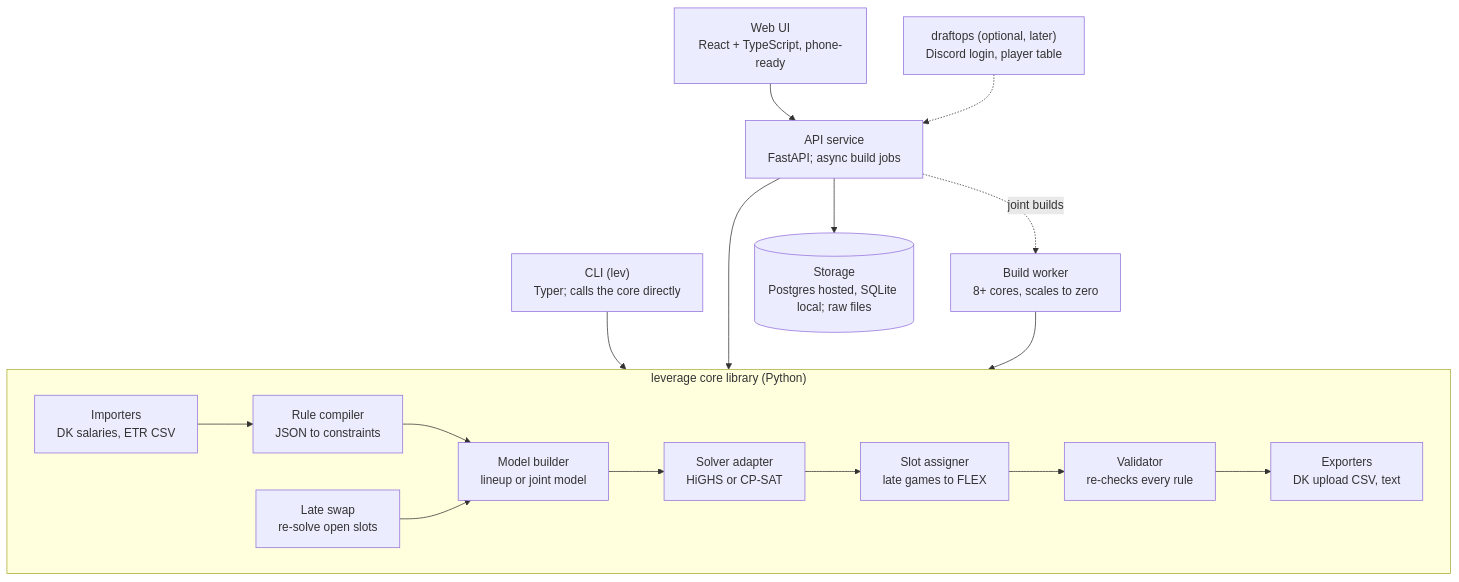
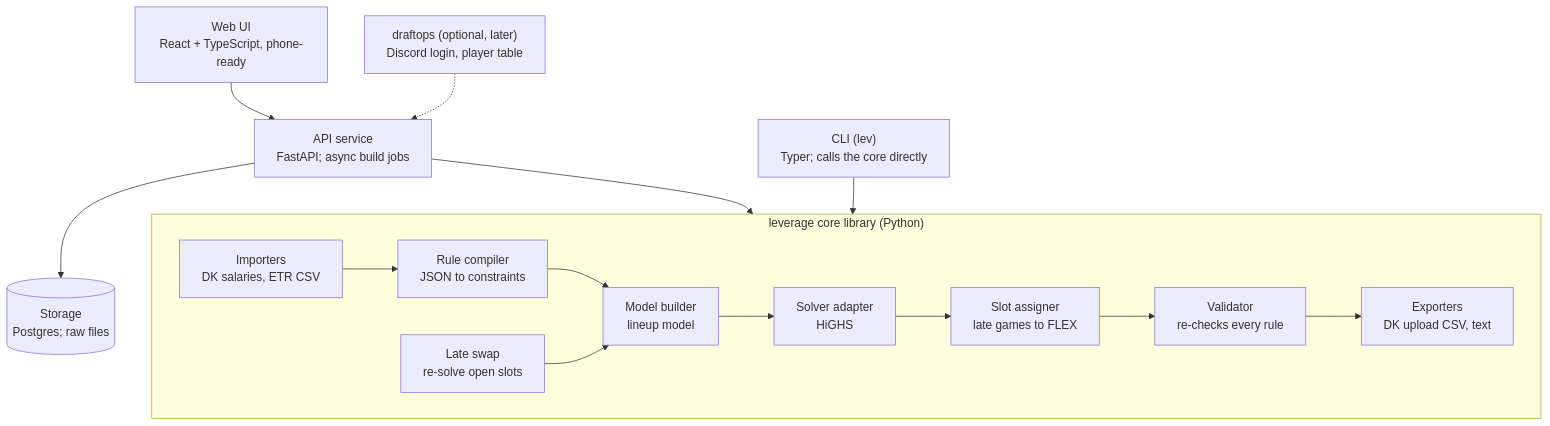
One commit to colereschke/leverage changed the diagram in docs/spec.md. Above: the diagram before and after it, drawn with Mermaid. The commit also changed other lines of this file and 4 other files, not shown here.

````diff
--- a/docs/spec.md
+++ b/docs/spec.md
@@ -95,22 +214,20 @@
 ```mermaid
 flowchart TB
     web["Web UI<br/>React + TypeScript, phone-ready"] --> api["API service<br/>FastAPI; async build jobs"]
     cli["CLI (lev)<br/>Typer; calls the core directly"] --> core
     api --> core
-    api -. joint builds .-> worker["Build worker<br/>8+ cores, scales to zero"]
-    worker --> core
 
     subgraph core["leverage core library (Python)"]
         direction LR
         imp["Importers<br/>DK salaries, ETR CSV"] --> rules["Rule compiler<br/>JSON to constraints"]
-        rules --> model["Model builder<br/>lineup or joint model"]
-        model --> solver["Solver adapter<br/>HiGHS or CP-SAT"]
+        rules --> model["Model builder<br/>lineup model"]
+        model --> solver["Solver adapter<br/>HiGHS"]
         solver --> slots["Slot assigner<br/>late games to FLEX"]
         slots --> valid["Validator<br/>re-checks every rule"]
         valid --> export["Exporters<br/>DK upload CSV, text"]
         swap["Late swap<br/>re-solve open slots"] --> model
     end
 
-    api --> storage[("Storage<br/>Postgres hosted, SQLite local; raw files")]
+    api --> storage[("Storage<br/>Postgres; raw files")]
     draftops["draftops (optional, later)<br/>Discord login, player table"] -.-> api
 ```
````
